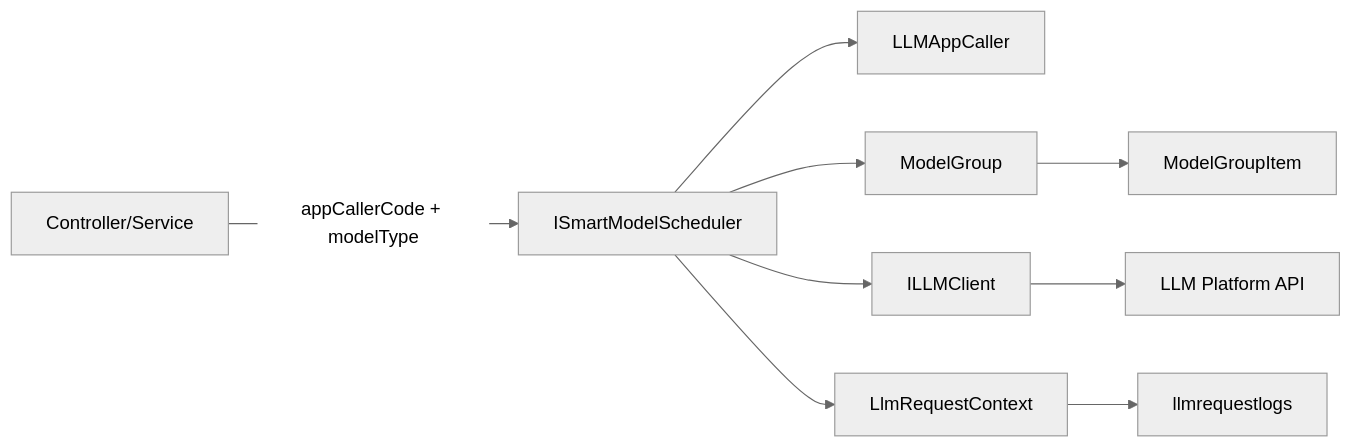
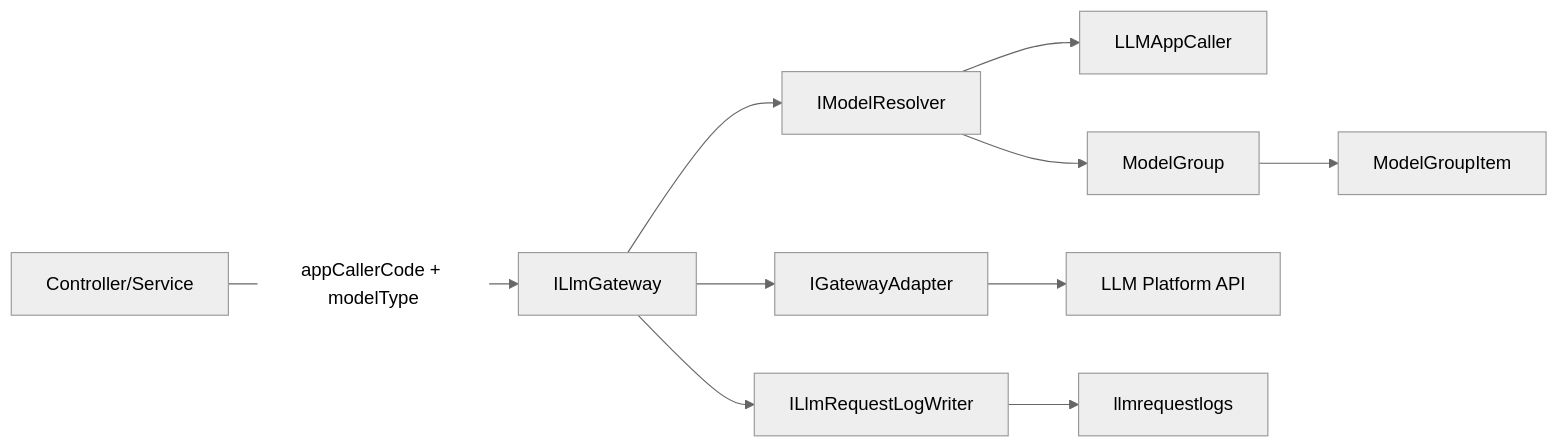
One commit to inernoro/prd_agent changed the first of 3 diagrams in doc/design.model-pool.md. Above: the diagram before and after it, drawn with Mermaid (neutral theme). The commit also changed other lines of this file and 27 other files, not shown here.

First line of the commit message:
refactor: Remove SmartModelScheduler and consolidate to ILlmGateway

````diff
--- a/doc/design.model-pool.md
+++ b/doc/design.model-pool.md
@@ -82,11 +132,12 @@
 ```mermaid
 flowchart LR
-    A[Controller/Service] -->|appCallerCode + modelType| B[ISmartModelScheduler]
-    B --> C[LLMAppCaller]
-    B --> D[ModelGroup]
-    D --> E[ModelGroupItem]
-    B --> F[ILLMClient]
-    F --> G[LLM Platform API]
-    B --> H[LlmRequestContext]
-    H --> I[llmrequestlogs]
+    A[Controller/Service] -->|appCallerCode + modelType| B[ILlmGateway]
+    B --> C[IModelResolver]
+    C --> D[LLMAppCaller]
+    C --> E[ModelGroup]
+    E --> F[ModelGroupItem]
+    B --> G[IGatewayAdapter]
+    G --> H[LLM Platform API]
+    B --> I[ILlmRequestLogWriter]
+    I --> J[llmrequestlogs]
 ```
````
